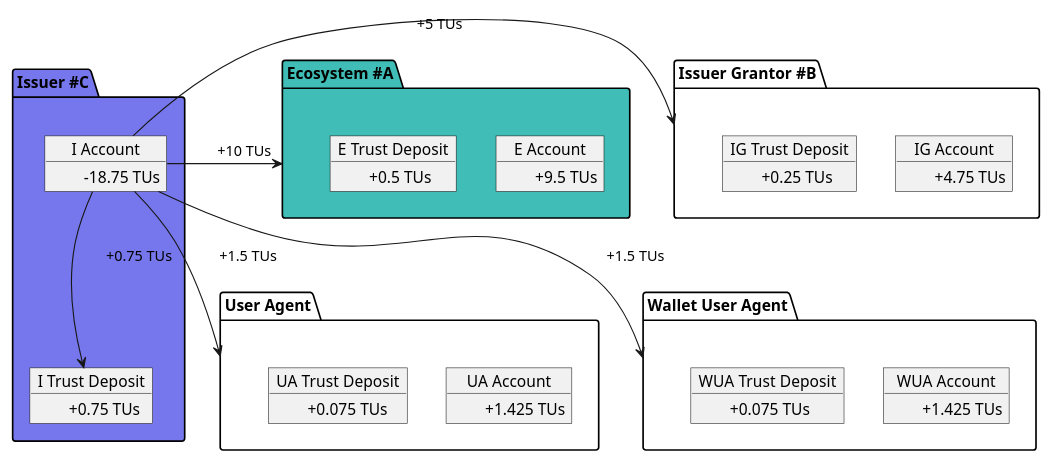
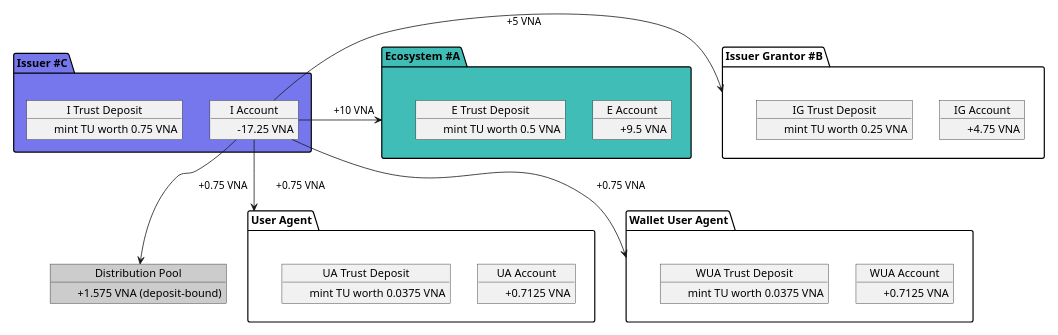
One commit to verana-labs/verifiable-trust-vpr-spec changed diagram 11 of 21 in spec.md. Above: the diagram before and after it, drawn with PlantUML. The commit also changed other lines of this file, not shown here.

First line of the commit message:
feat(spec): Model C — Participant deposit fields in TU, business models section rewritten

````diff
--- a/spec.md
+++ b/spec.md
@@ -885,65 +892,69 @@
 ```plantuml
 
 @startuml
 scale max 800 width
  
 
 package "Ecosystem #A" as tr #3fbdb6 {
     object "E Account" as tra {
-         \t+9.5 TUs
+         \t+9.5 VNA
     }
     object "E Trust Deposit" as trtd {
-         \t+0.5 TUs
+         \tmint TU worth 0.5 VNA
     }
 }
 
 package "Issuer Grantor #B" as ig {
     object "IG Account" as iga {
-        \t+4.75 TUs
+        \t+4.75 VNA
     }
     object "IG Trust Deposit" as igtd {
-        \t+0.25 TUs
+        \tmint TU worth 0.25 VNA
     }
 }
 package "Issuer #C" as issuer #7677ed {
     object "I Account" as issuera {
-         \t-18.75 TUs
+         \t-17.25 VNA
     }
     object "I Trust Deposit" as issuertd {
-         \t+0.75 TUs
+         \tmint TU worth 0.75 VNA
     }
 
 }
 
 package "User Agent" as ua {
     object "UA Account" as uaa {
-         \t+1.425 TUs
+         \t+0.7125 VNA
     }
     object "UA Trust Deposit" as uatd {
-        \t+0.075 TUs
+        \tmint TU worth 0.0375 VNA
     }
 
 }
 package "Wallet User Agent" as wua {
     object "WUA Account" as wuaa {
-         \t+1.425 TUs
+         \t+0.7125 VNA
     }
     object "WUA Trust Deposit" as wuatd {
-        \t+0.075 TUs
+        \tmint TU worth 0.0375 VNA
     }
 
 }
 
-issuera -r-> tr: \t+10 TUs
+object "Distribution Pool" as pool #cccccc {
+    \t+1.575 VNA (deposit-bound)
+}
 
-issuera -r-> ig: \t+5 TUs
+issuera -r-> tr: \t+10 VNA
 
-issuera -d-> ua: \t+1.5 TUs
+issuera -r-> ig: \t+5 VNA
 
-issuera -d-> wua: \t+1.5 TUs
+issuera -d-> ua: \t+0.75 VNA
 
-issuera --> issuertd:  \t+0.75 TUs
+issuera -d-> wua: \t+0.75 VNA
+
+issuera --> pool:  \t+0.75 VNA
 
 @enduml
 
 ```
````
